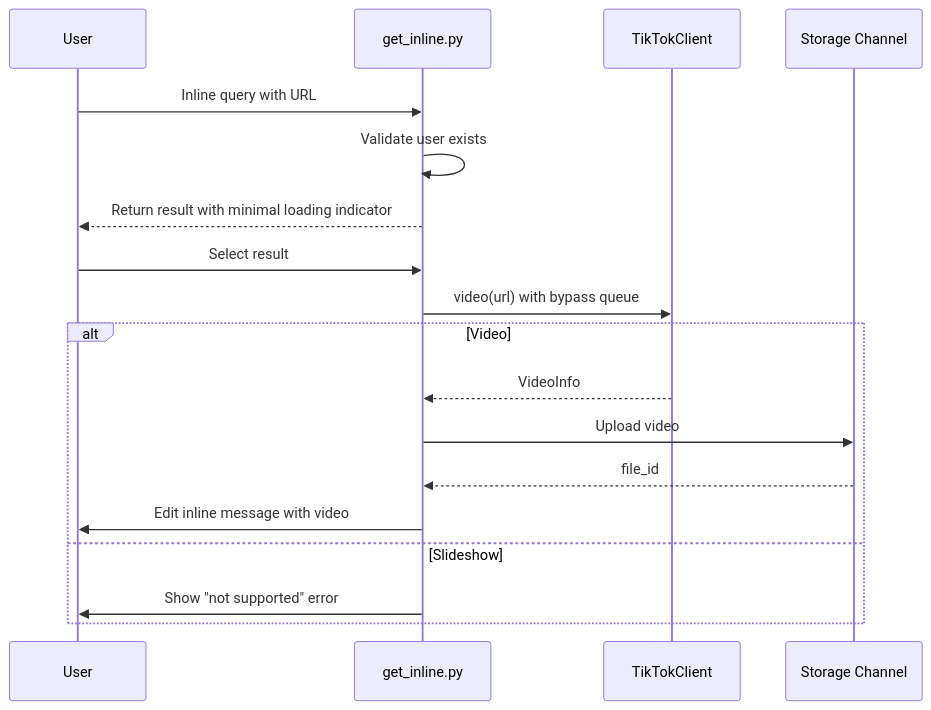
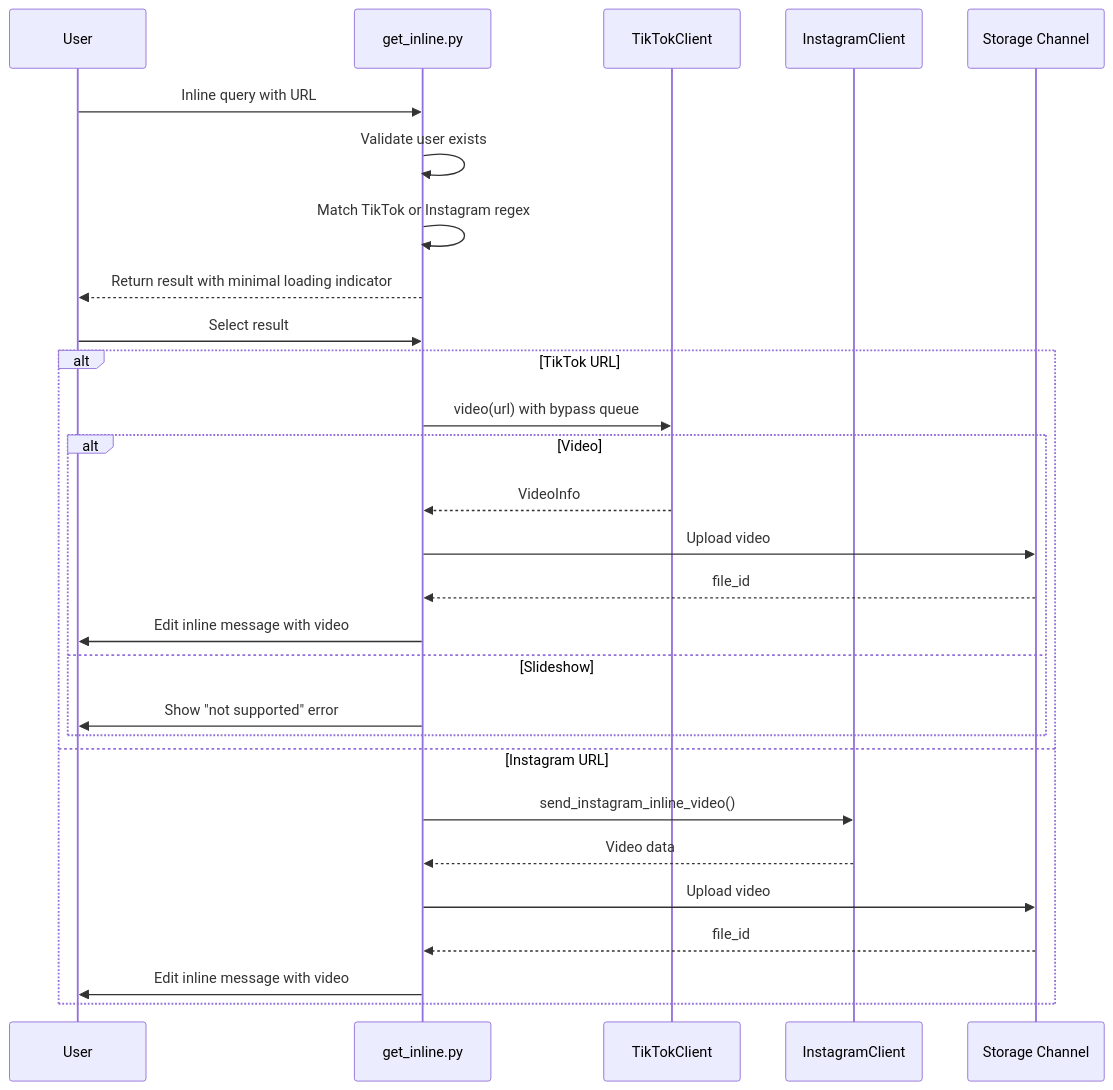
Before and after one commit to karilaa-dev/tt-bot: the sixth of 6 diagrams in docs/CODEBASE_MAP.md, drawn with Mermaid. The commit also changed other lines of this file and 13 other files, not shown here.

````diff
--- a/docs/CODEBASE_MAP.md
+++ b/docs/CODEBASE_MAP.md
@@ -511,22 +628,32 @@
 ```mermaid
 sequenceDiagram
     participant User
     participant Inline as get_inline.py
     participant Client as TikTokClient
+    participant IGClient as InstagramClient
     participant Storage as Storage Channel
 
     User->>Inline: Inline query with URL
     Inline->>Inline: Validate user exists
+    Inline->>Inline: Match TikTok or Instagram regex
     Inline-->>User: Return result with minimal loading indicator
     User->>Inline: Select result
-    Inline->>Client: video(url) with bypass queue
 
-    alt Video
-        Client-->>Inline: VideoInfo
+    alt TikTok URL
+        Inline->>Client: video(url) with bypass queue
+        alt Video
+            Client-->>Inline: VideoInfo
+            Inline->>Storage: Upload video
+            Storage-->>Inline: file_id
+            Inline->>User: Edit inline message with video
+        else Slideshow
+            Inline->>User: Show "not supported" error
+        end
+    else Instagram URL
+        Inline->>IGClient: send_instagram_inline_video()
+        IGClient-->>Inline: Video data
         Inline->>Storage: Upload video
         Storage-->>Inline: file_id
         Inline->>User: Edit inline message with video
-    else Slideshow
-        Inline->>User: Show "not supported" error
     end
 ```
````
